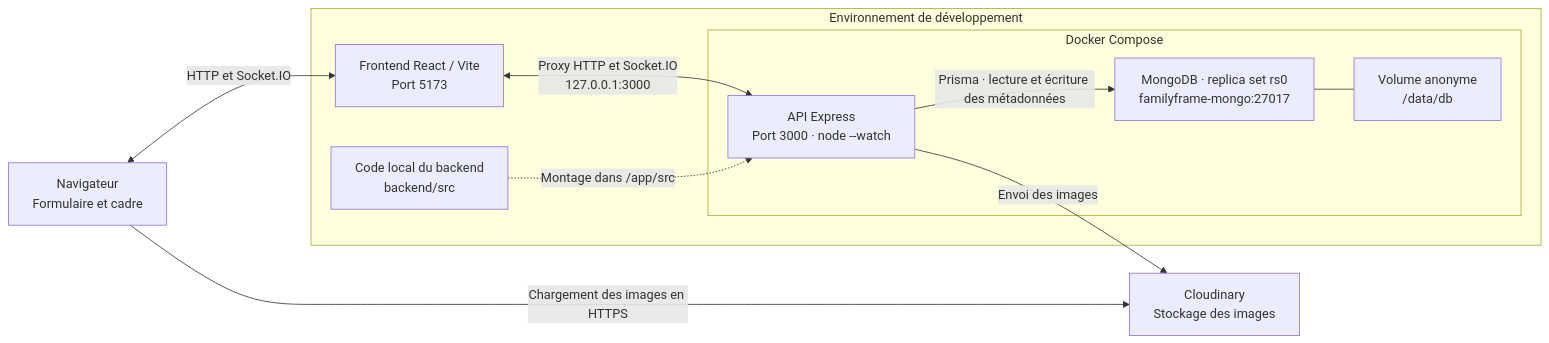
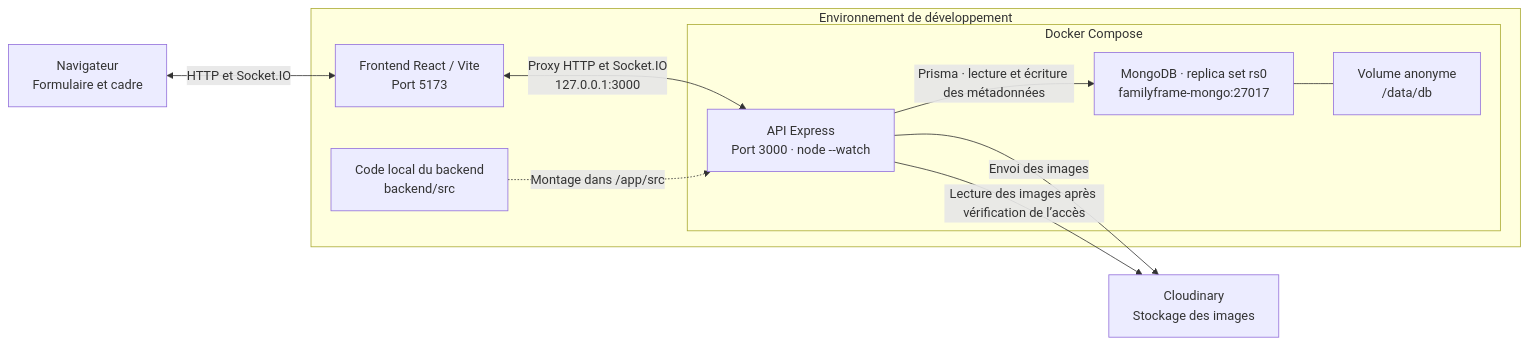
The diagram in README.md (SIMPLON-DIST-CDA-260316/familyframe-serah), drawn with Mermaid before and after one commit. The commit also changed other lines of this file and 10 other files, not shown here.

````diff
--- a/README.md
+++ b/README.md
@@ -228,25 +245,25 @@
 ```mermaid
 flowchart LR
     Browser["Navigateur<br/>Formulaire et cadre"]
     Cloud["Cloudinary<br/>Stockage des images"]
 
     subgraph Host["Environnement de développement"]
         Vite["Frontend React / Vite<br/>Port 5173"]
         Source["Code local du backend<br/>backend/src"]
 
         subgraph Compose["Docker Compose"]
             API["API Express<br/>Port 3000 · node --watch"]
             Mongo["MongoDB · replica set rs0<br/>familyframe-mongo:27017"]
             Data["Volume anonyme<br/>/data/db"]
             API -->|"Prisma · lecture et écriture des métadonnées"| Mongo
             Mongo --- Data
         end
 
         Vite <-->|"Proxy HTTP et Socket.IO<br/>127.0.0.1:3000"| API
         Source -.->|"Montage dans /app/src"| API
     end
 
     Browser <-->|"HTTP et Socket.IO"| Vite
     API -->|"Envoi des images"| Cloud
-    Browser -->|"Chargement des images en HTTPS"| Cloud
+    API -->|"Lecture des images après vérification de l’accès"| Cloud
 ```
````
